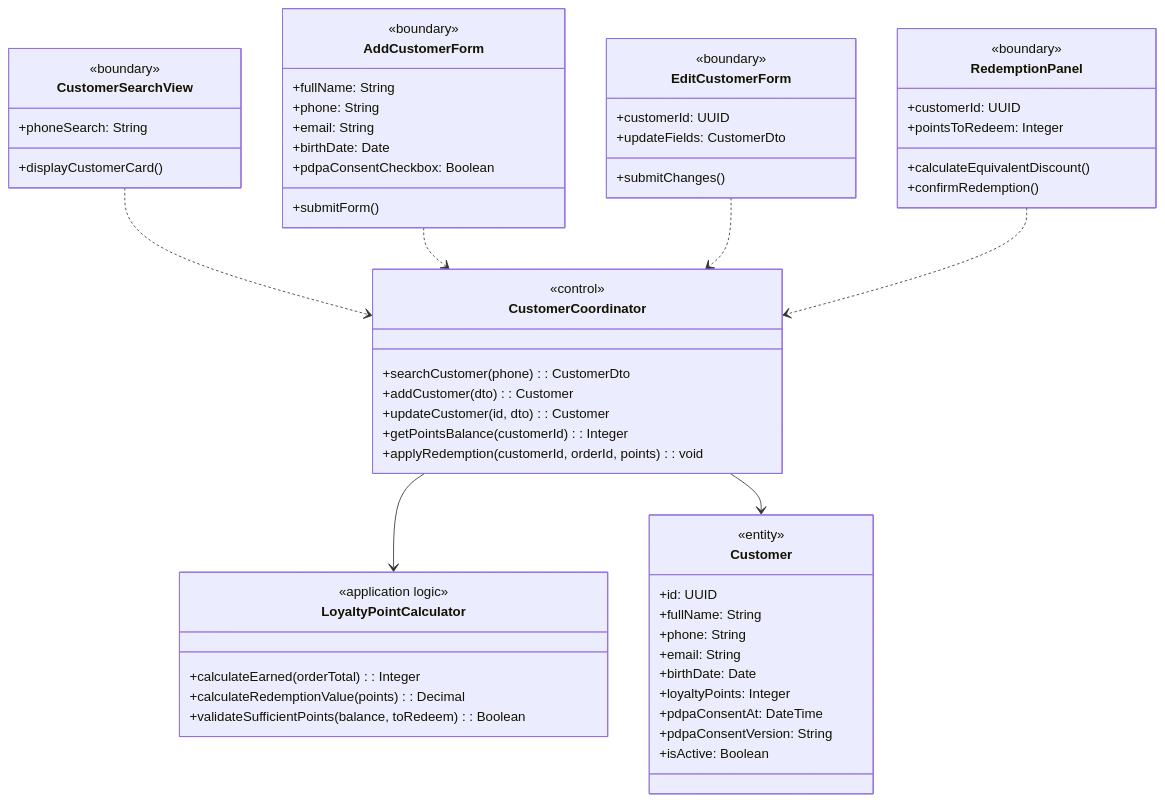
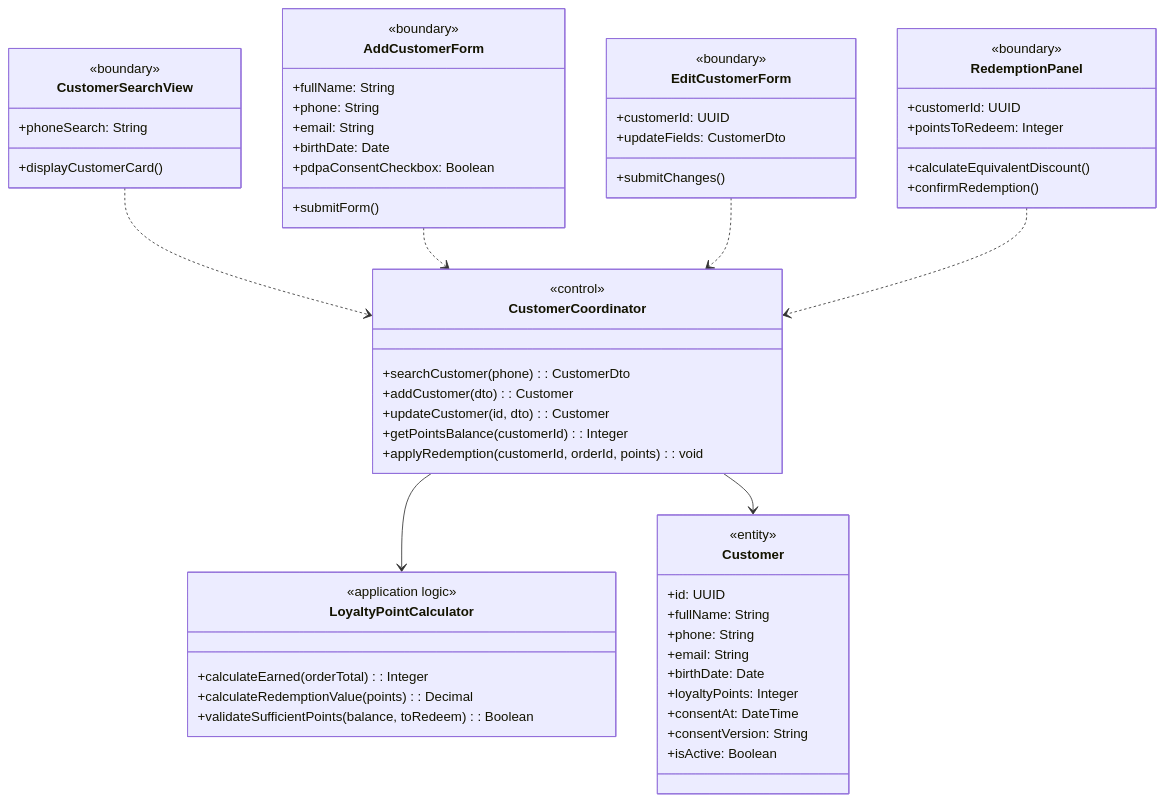
The first of 3 diagrams in rds_sections/08_detailed_3_5_customer_membership.md (Shaichi/Khoga_coffe_shop), drawn with Mermaid before and after one commit. The commit also changed 7 other files, not shown here.

Commit message:
docs: sync RDS database and diagrams with SRS and fix inventory deduction logic

````diff
--- a/rds_sections/08_detailed_3_5_customer_membership.md
+++ b/rds_sections/08_detailed_3_5_customer_membership.md
@@ -9,63 +9,63 @@
 ```mermaid
 classDiagram
     class CustomerSearchView {
         <<boundary>>
         +phoneSearch: String
         +displayCustomerCard()
     }
     class AddCustomerForm {
         <<boundary>>
         +fullName: String
         +phone: String
         +email: String
         +birthDate: Date
         +pdpaConsentCheckbox: Boolean
         +submitForm()
     }
     class EditCustomerForm {
         <<boundary>>
         +customerId: UUID
         +updateFields: CustomerDto
         +submitChanges()
     }
     class RedemptionPanel {
         <<boundary>>
         +customerId: UUID
         +pointsToRedeem: Integer
         +calculateEquivalentDiscount()
         +confirmRedemption()
     }
     class CustomerCoordinator {
         <<control>>
         +searchCustomer(phone): CustomerDto
         +addCustomer(dto): Customer
         +updateCustomer(id, dto): Customer
         +getPointsBalance(customerId): Integer
         +applyRedemption(customerId, orderId, points): void
     }
     class LoyaltyPointCalculator {
         <<application logic>>
         +calculateEarned(orderTotal): Integer
         +calculateRedemptionValue(points): Decimal
         +validateSufficientPoints(balance, toRedeem): Boolean
     }
     class Customer {
         <<entity>>
         +id: UUID
         +fullName: String
         +phone: String
         +email: String
         +birthDate: Date
         +loyaltyPoints: Integer
-        +pdpaConsentAt: DateTime
-        +pdpaConsentVersion: String
+        +consentAt: DateTime
+        +consentVersion: String
         +isActive: Boolean
     }
 
     CustomerSearchView ..> CustomerCoordinator
     AddCustomerForm ..> CustomerCoordinator
     EditCustomerForm ..> CustomerCoordinator
     RedemptionPanel ..> CustomerCoordinator
     CustomerCoordinator --> LoyaltyPointCalculator
     CustomerCoordinator --> Customer
 ```
````
